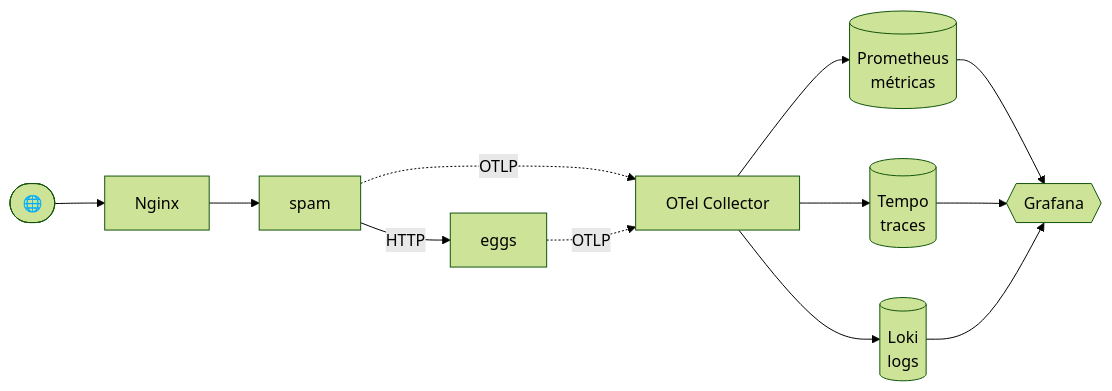
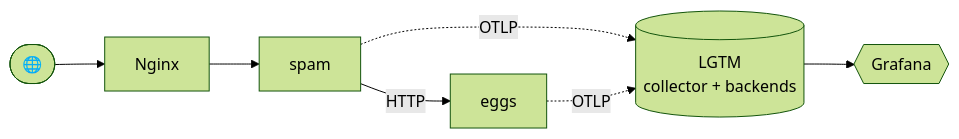
One commit to PedroLuizskt/estudos-observabilidade changed the second of 2 diagrams in README.md. Above: the diagram before and after it, drawn with Mermaid (forest theme). The commit also changed other lines of this file and 15 other files, not shown here.

````diff
--- a/README.md
+++ b/README.md
@@ -38,10 +38,7 @@
 ```mermaid
 flowchart LR
     Client([🌐]) --> N[Nginx] --> S[spam] -->|HTTP| E[eggs]
-    S -.->|OTLP| C[OTel Collector]
-    E -.->|OTLP| C
-    C --> P[(Prometheus<br/>métricas)]
-    C --> T[(Tempo<br/>traces)]
-    C --> L[(Loki<br/>logs)]
-    P & T & L --> G{{Grafana}}
+    S -.->|OTLP| L[("LGTM<br/>collector + backends")]
+    E -.->|OTLP| L
+    L --> G{{Grafana}}
 ```
````
